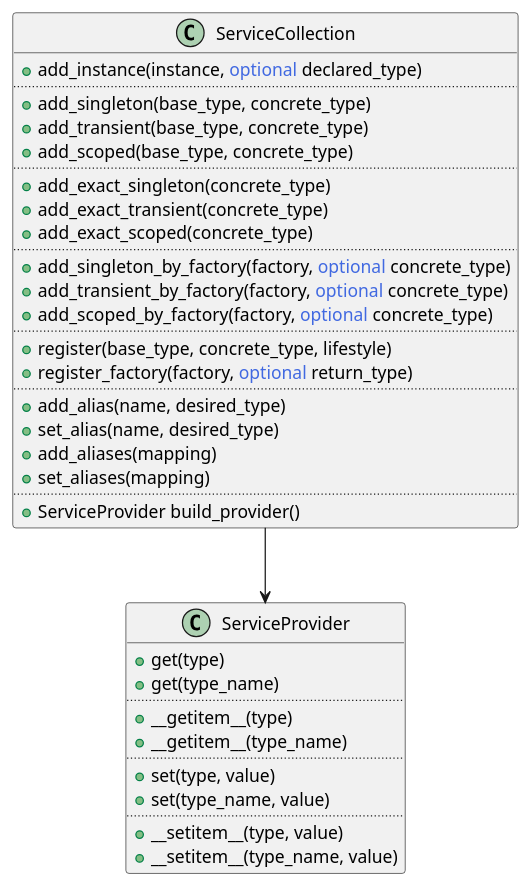
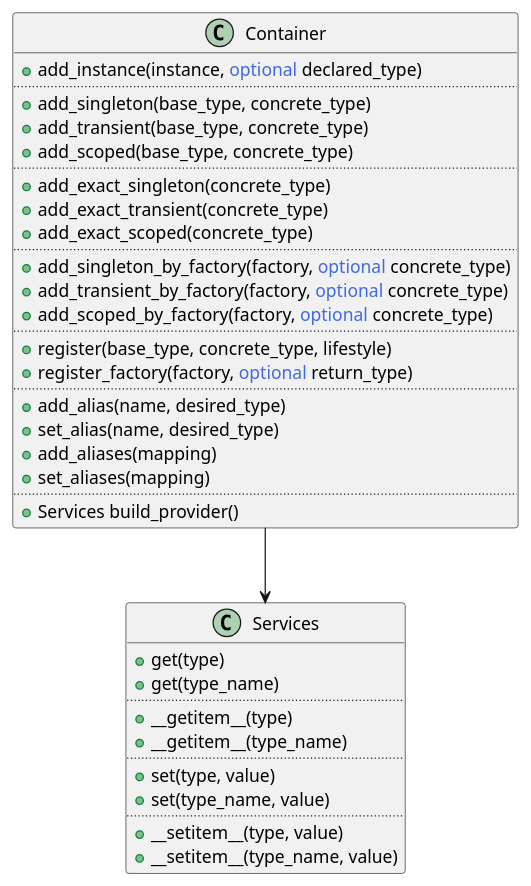
The diagram in documentation/rodi-classes.wsd (Neoteroi/rodi), drawn with PlantUML before and after one commit. The commit also changed 5 other files, not shown here.

```diff
--- a/documentation/rodi-classes.wsd
+++ b/documentation/rodi-classes.wsd
@@ -1,45 +1,45 @@
 @startuml classes
 
-class ServiceCollection {
+class Container {
 	+add_instance(instance, <color:royalBlue>optional</color> declared_type)
 	..
 	+add_singleton(base_type, concrete_type)
 	+add_transient(base_type, concrete_type)
 	+add_scoped(base_type, concrete_type)
 	..
 	+add_exact_singleton(concrete_type)
 	+add_exact_transient(concrete_type)
 	+add_exact_scoped(concrete_type)
 	..
 	+add_singleton_by_factory(factory, <color:royalBlue>optional</color> concrete_type)
 	+add_transient_by_factory(factory, <color:royalBlue>optional</color> concrete_type)
 	+add_scoped_by_factory(factory, <color:royalBlue>optional</color> concrete_type)
 	..
 	+register(base_type, concrete_type, lifestyle)
 	+register_factory(factory, <color:royalBlue>optional</color> return_type)
 	..
 	+add_alias(name, desired_type)
 	+set_alias(name, desired_type)
 	+add_aliases(mapping)
 	+set_aliases(mapping)
 	..
-	+ServiceProvider build_provider()
+	+Services build_provider()
 }
 
-class ServiceProvider {
+class Services {
 	+get(type)
 	+get(type_name)
 	..
 	+__getitem__(type)
 	+__getitem__(type_name)
 	..
 	+set(type, value)
 	+set(type_name, value)
 	..
 	+__setitem__(type, value)
 	+__setitem__(type_name, value)
 }
 
-ServiceCollection -down-> ServiceProvider
+Container -down-> Services
 
 @enduml
```
